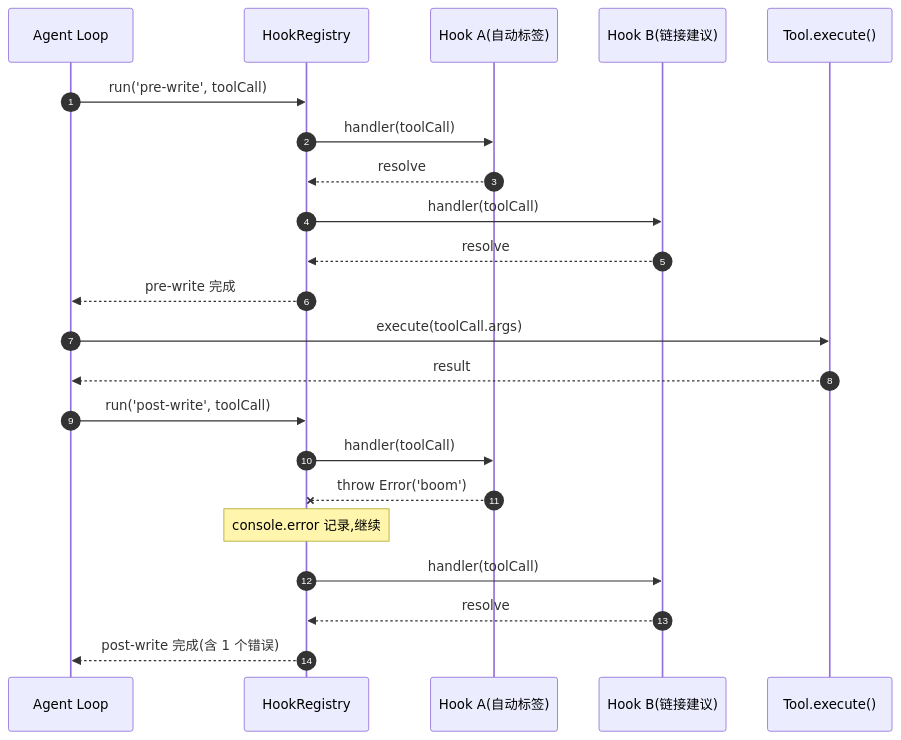
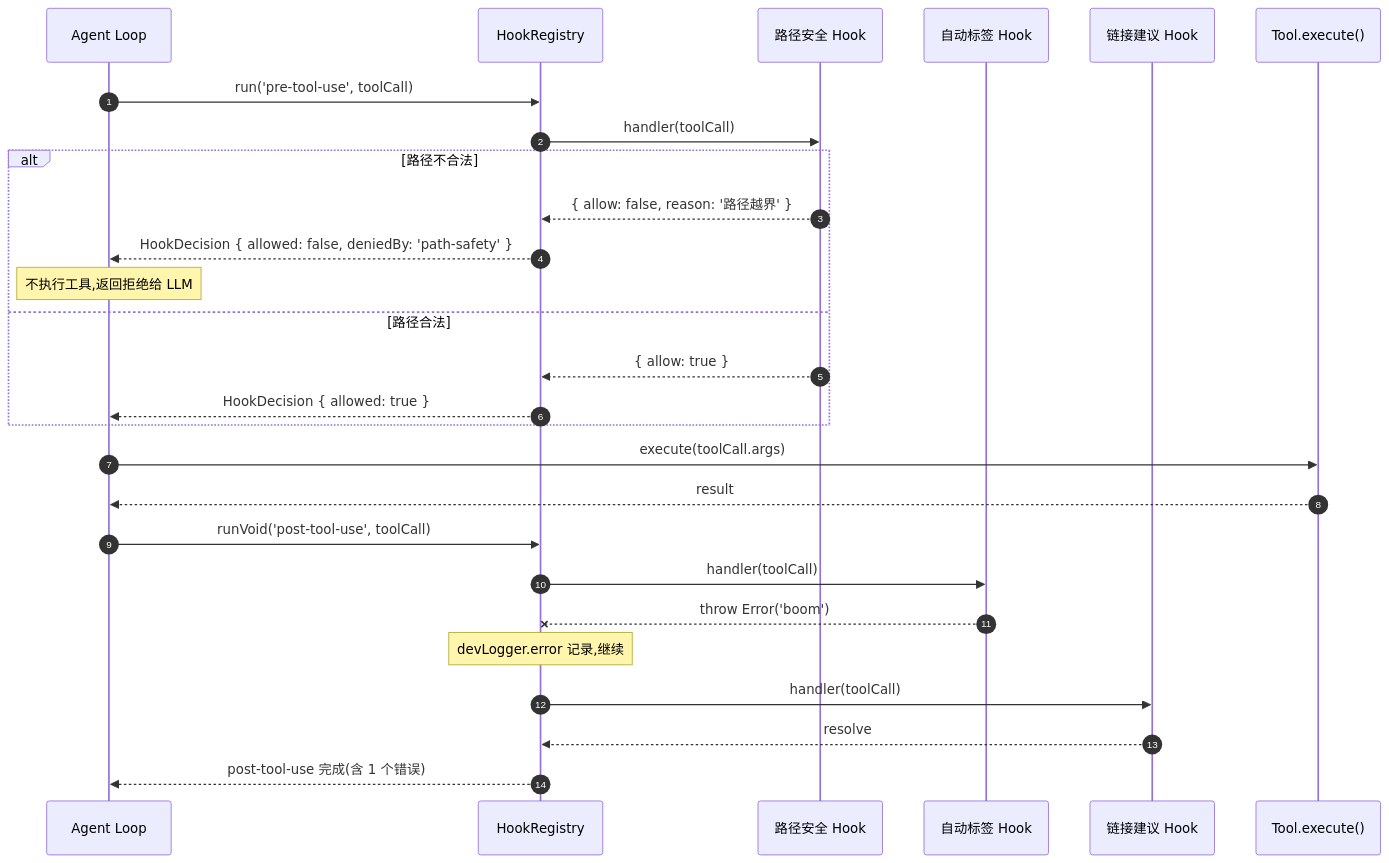
One commit to golddream-y/obsidian-ratel changed the diagram in docs/architecture/agent/hooks.md. Above: the diagram before and after it, drawn with Mermaid. The commit also changed other lines of this file and 2 other files, not shown here.

````diff
--- a/docs/architecture/agent/hooks.md
+++ b/docs/architecture/agent/hooks.md
@@ -78,27 +127,32 @@
 ```mermaid
 sequenceDiagram
     autonumber
     participant AL as Agent Loop
     participant HR as HookRegistry
-    participant H1 as Hook A(自动标签)
-    participant H2 as Hook B(链接建议)
+    participant SEC as 路径安全 Hook
+    participant H1 as 自动标签 Hook
+    participant H2 as 链接建议 Hook
     participant T as Tool.execute()
 
-    AL->>HR: run('pre-write', toolCall)
-    HR->>H1: handler(toolCall)
-    H1-->>HR: resolve
-    HR->>H2: handler(toolCall)
-    H2-->>HR: resolve
-    HR-->>AL: pre-write 完成
+    AL->>HR: run('pre-tool-use', toolCall)
+    HR->>SEC: handler(toolCall)
+    alt 路径不合法
+        SEC-->>HR: { allow: false, reason: '路径越界' }
+        HR-->>AL: HookDecision { allowed: false, deniedBy: 'path-safety' }
+        Note over AL: 不执行工具,返回拒绝给 LLM
+    else 路径合法
+        SEC-->>HR: { allow: true }
+        HR-->>AL: HookDecision { allowed: true }
+    end
 
     AL->>T: execute(toolCall.args)
     T-->>AL: result
 
-    AL->>HR: run('post-write', toolCall)
+    AL->>HR: runVoid('post-tool-use', toolCall)
     HR->>H1: handler(toolCall)
     H1--x HR: throw Error('boom')
-    Note over HR: console.error 记录,继续
+    Note over HR: devLogger.error 记录,继续
     HR->>H2: handler(toolCall)
     H2-->>HR: resolve
-    HR-->>AL: post-write 完成(含 1 个错误)
+    HR-->>AL: post-tool-use 完成(含 1 个错误)
 ```
````
